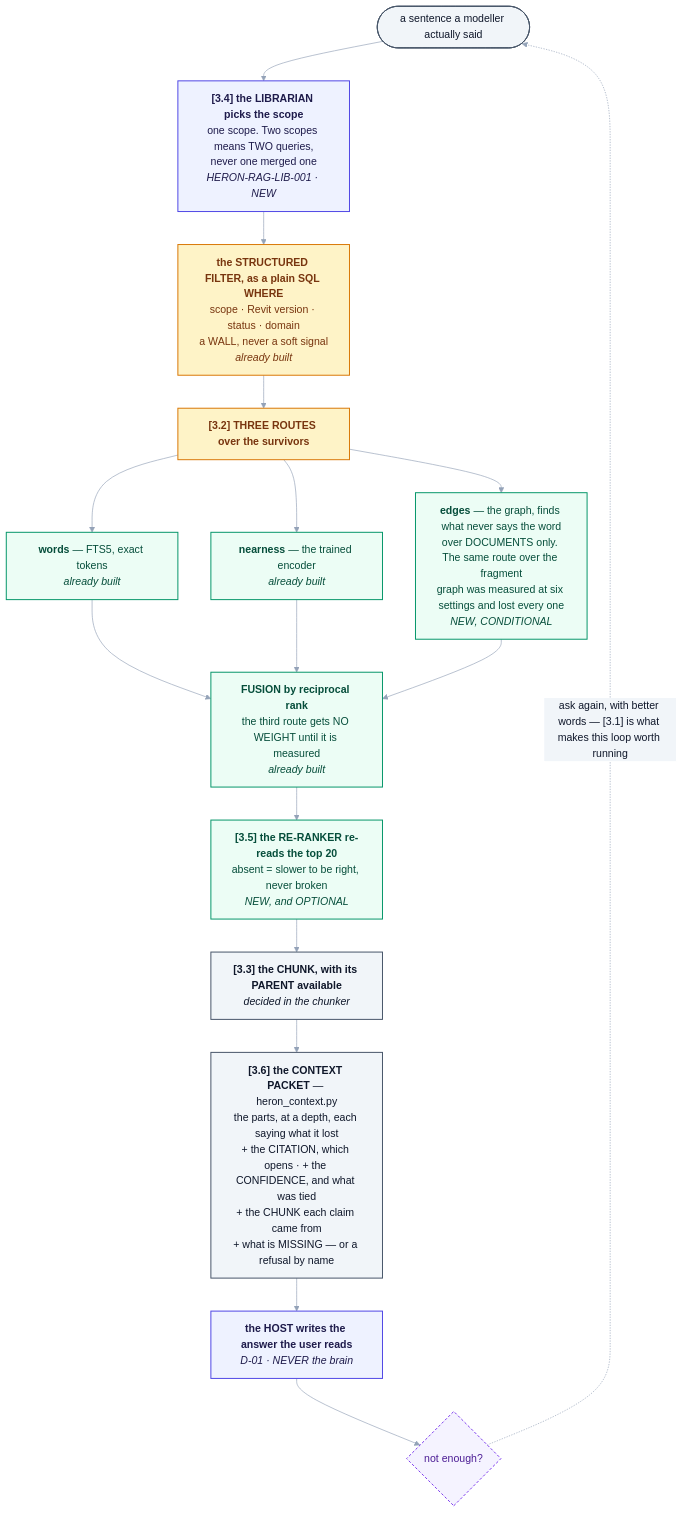
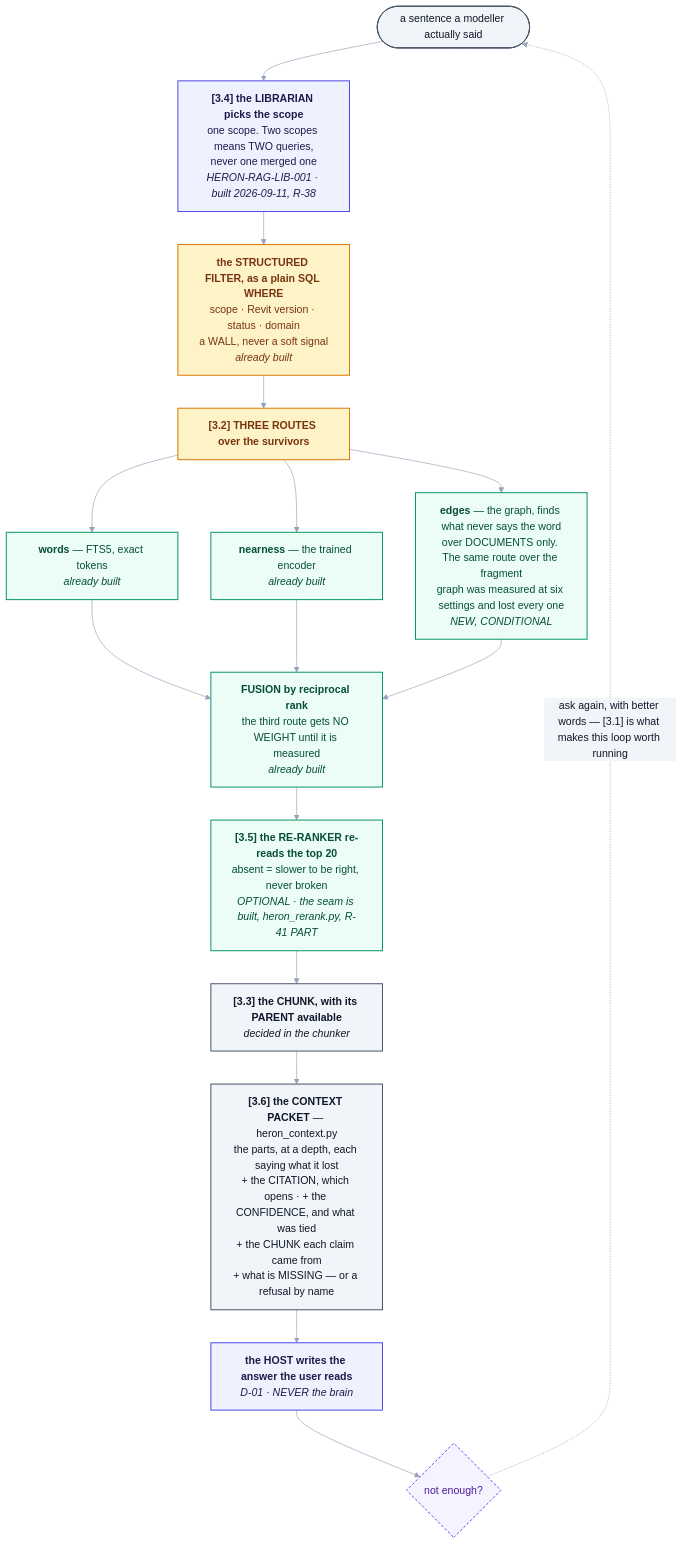
Before and after one commit to Ajmalpshaik/Heron-AI: the diagram in docs/work-notes/plans/rag/00-structure.md, drawn with Mermaid. The commit also changed other lines of this file and 133 other files, not shown here.

````diff
--- a/docs/work-notes/plans/rag/00-structure.md
+++ b/docs/work-notes/plans/rag/00-structure.md
@@ -629,45 +632,45 @@
 ```mermaid
 %%{init: {"themeVariables": {"edgeLabelBackground":"#F1F5F9","lineColor":"#94A3B8","textColor":"#0F172A","tertiaryTextColor":"#0F172A"}}}%%
 flowchart TD
     S(["a sentence a modeller actually said"])
-    LB["<b>[3.4] the LIBRARIAN picks the scope</b><br/>one scope. Two scopes means TWO queries,<br/>never one merged one<br/><i>HERON-RAG-LIB-001 · NEW</i>"]
+    LB["<b>[3.4] the LIBRARIAN picks the scope</b><br/>one scope. Two scopes means TWO queries,<br/>never one merged one<br/><i>HERON-RAG-LIB-001 · built 2026-09-11, R-38</i>"]
     SF["<b>the STRUCTURED FILTER, as a plain SQL WHERE</b><br/>scope · Revit version · status · domain<br/>a WALL, never a soft signal<br/><i>already built</i>"]
 
     RT["<b>[3.2] THREE ROUTES over the survivors</b>"]
     W["<b>words</b> — FTS5, exact tokens<br/><i>already built</i>"]
     N["<b>nearness</b> — the trained encoder<br/><i>already built</i>"]
     E["<b>edges</b> — the graph, finds what never says the word<br/>over DOCUMENTS only. The same route over the fragment<br/>graph was measured at six settings and lost every one<br/><i>NEW, CONDITIONAL</i>"]
 
     FU["<b>FUSION by reciprocal rank</b><br/>the third route gets NO WEIGHT until it is measured<br/><i>already built</i>"]
-    RR["<b>[3.5] the RE-RANKER re-reads the top 20</b><br/>absent = slower to be right, never broken<br/><i>NEW, and OPTIONAL</i>"]
+    RR["<b>[3.5] the RE-RANKER re-reads the top 20</b><br/>absent = slower to be right, never broken<br/><i>OPTIONAL · the seam is built, heron_rerank.py, R-41 PART</i>"]
     CK["<b>[3.3] the CHUNK, with its PARENT available</b><br/><i>decided in the chunker</i>"]
     CP["<b>[3.6] the CONTEXT PACKET</b> — heron_context.py<br/>the parts, at a depth, each saying what it lost<br/>+ the CITATION, which opens · + the CONFIDENCE, and what was tied<br/>+ the CHUNK each claim came from<br/>+ what is MISSING — or a refusal by name"]
     HO["<b>the HOST writes the answer the user reads</b><br/><i>D-01 · NEVER the brain</i>"]
     Q{"not enough?"}
 
     S --> LB --> SF --> RT
     RT --> W
     RT --> N
     RT --> E
     W --> FU
     N --> FU
     E --> FU
     FU --> RR --> CK --> CP --> HO --> Q
     Q -.->|"ask again, with better words — [3.1] is what makes this loop worth running"| S
 
     classDef user fill:#F1F5F9,stroke:#475569,stroke-width:1.5px,color:#0F172A
     classDef host fill:#EEF2FF,stroke:#4F46E5,stroke-width:1.5px,color:#1E1B4B
     classDef brain fill:#ECFDF5,stroke:#059669,stroke-width:1.5px,color:#064E3B
     classDef addin fill:#FEF3C7,stroke:#D97706,stroke-width:1.5px,color:#78350F
     classDef revit fill:#FEE2E2,stroke:#DC2626,stroke-width:1.5px,color:#7F1D1D
     classDef plat fill:#F5F3FF,stroke:#7C3AED,stroke-width:1.5px,color:#4C1D95,stroke-dasharray:4 3
     class S user
     class LB host
     class SF addin
     class RT addin
     class W,N,E brain
     class FU,RR brain
     class CK,CP user
     class HO host
     class Q plat
 ```
````
